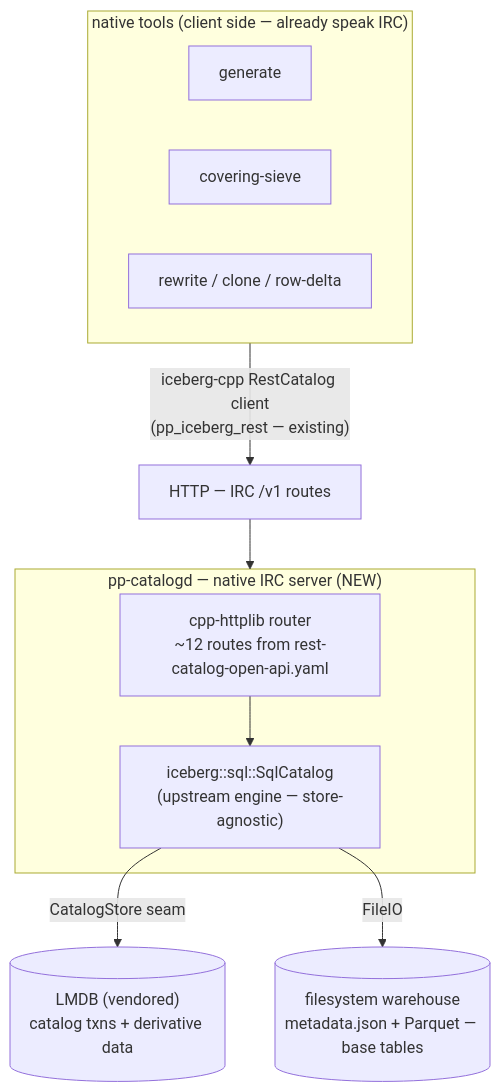
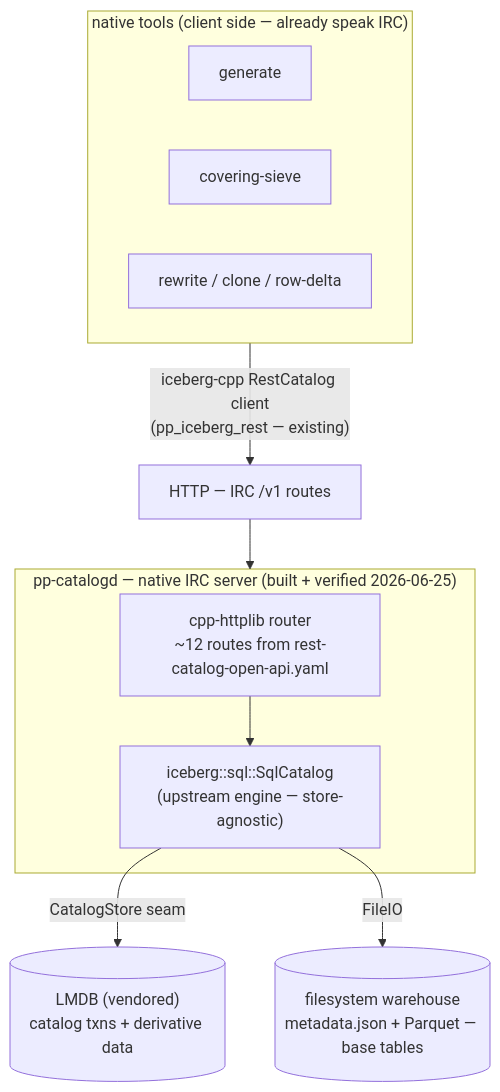
Before and after one commit to genamethi/dioph.pp: the first of 2 diagrams in markdown/data_eng/irc_catalog_design.md, drawn with Mermaid. The commit also changed other lines of this file and 1 other file, not shown here.

First line of the commit message:
docs: mark pp-catalogd (Phase 2) built + verified; refresh catalog design

````diff
--- a/markdown/data_eng/irc_catalog_design.md
+++ b/markdown/data_eng/irc_catalog_design.md
@@ -37,17 +38,17 @@
 ```mermaid
 flowchart TD
     subgraph tools["native tools (client side — already speak IRC)"]
       gen[generate]
       sieve[covering-sieve]
       rew[rewrite / clone / row-delta]
     end
     tools -->|"iceberg-cpp RestCatalog client<br/>(pp_iceberg_rest — existing)"| wire
     wire["HTTP — IRC /v1 routes"] --> server
-    subgraph server["pp-catalogd — native IRC server (NEW)"]
+    subgraph server["pp-catalogd — native IRC server (built + verified 2026-06-25)"]
       router["cpp-httplib router<br/>~12 routes from rest-catalog-open-api.yaml"]
       engine["iceberg::sql::SqlCatalog<br/>(upstream engine — store-agnostic)"]
       router --> engine
     end
     engine -->|"CatalogStore seam"| lmdb[("LMDB (vendored)<br/>catalog txns + derivative data")]
     engine -->|"FileIO"| fs[("filesystem warehouse<br/>metadata.json + Parquet — base tables")]
 ```
````
